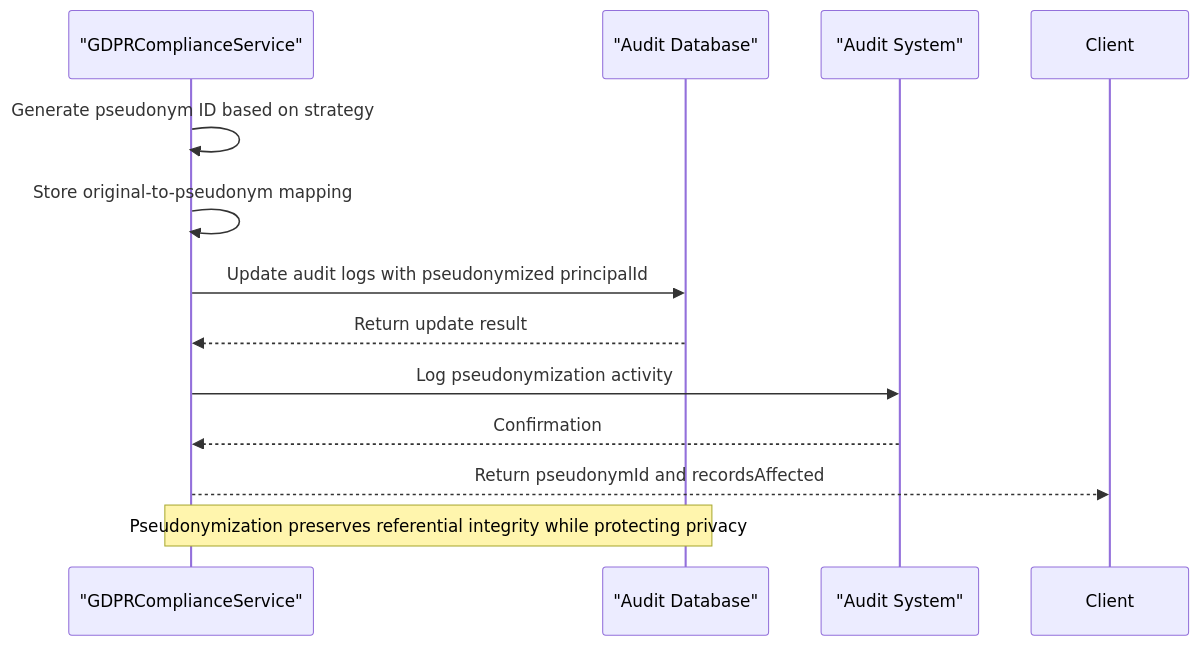
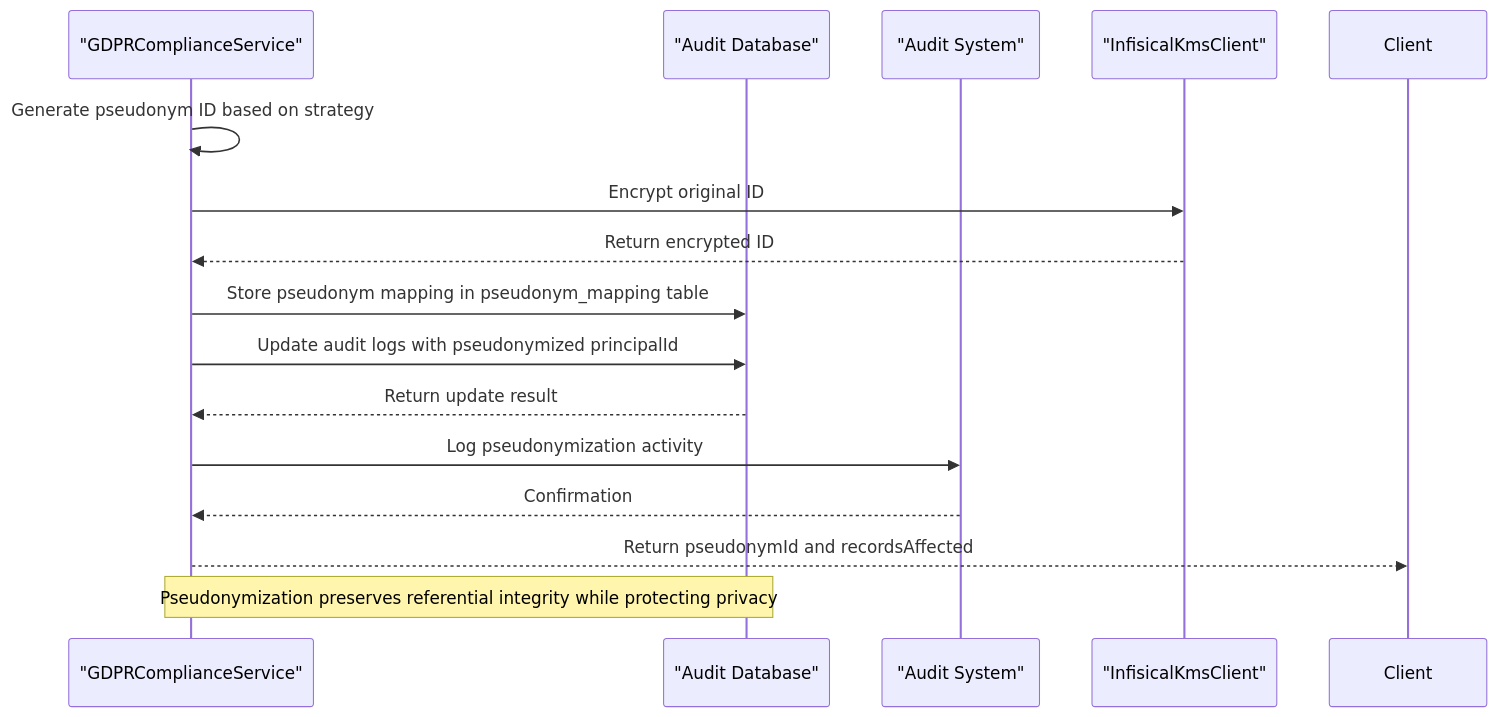
Before and after one commit to smedrec/smart-logs: the fifth of 8 diagrams in .qoder/repowiki/en/content/Security and Compliance/GDPR Compliance.md, drawn with Mermaid. The commit also changed other lines of this file and 22 other files, not shown here.

First line of the commit message:
feat(documentation): add comprehensive plugin architecture and GDPR pseudonymization docs

````diff
--- a/.qoder/repowiki/en/content/Security and Compliance/GDPR Compliance.md
+++ b/.qoder/repowiki/en/content/Security and Compliance/GDPR Compliance.md
@@ -299,14 +312,17 @@
 ```mermaid
 sequenceDiagram
 participant Service as "GDPRComplianceService"
 participant DB as "Audit Database"
 participant Audit as "Audit System"
+participant KMS as "InfisicalKmsClient"
 Service->>Service : Generate pseudonym ID based on strategy
-Service->>Service : Store original-to-pseudonym mapping
+Service->>KMS : Encrypt original ID
+KMS-->>Service : Return encrypted ID
+Service->>DB : Store pseudonym mapping in pseudonym_mapping table
 Service->>DB : Update audit logs with pseudonymized principalId
 DB-->>Service : Return update result
 Service->>Audit : Log pseudonymization activity
 Audit-->>Service : Confirmation
 Service-->>Client : Return pseudonymId and recordsAffected
 Note over Service,DB : Pseudonymization preserves referential integrity while protecting privacy
 ```
````
